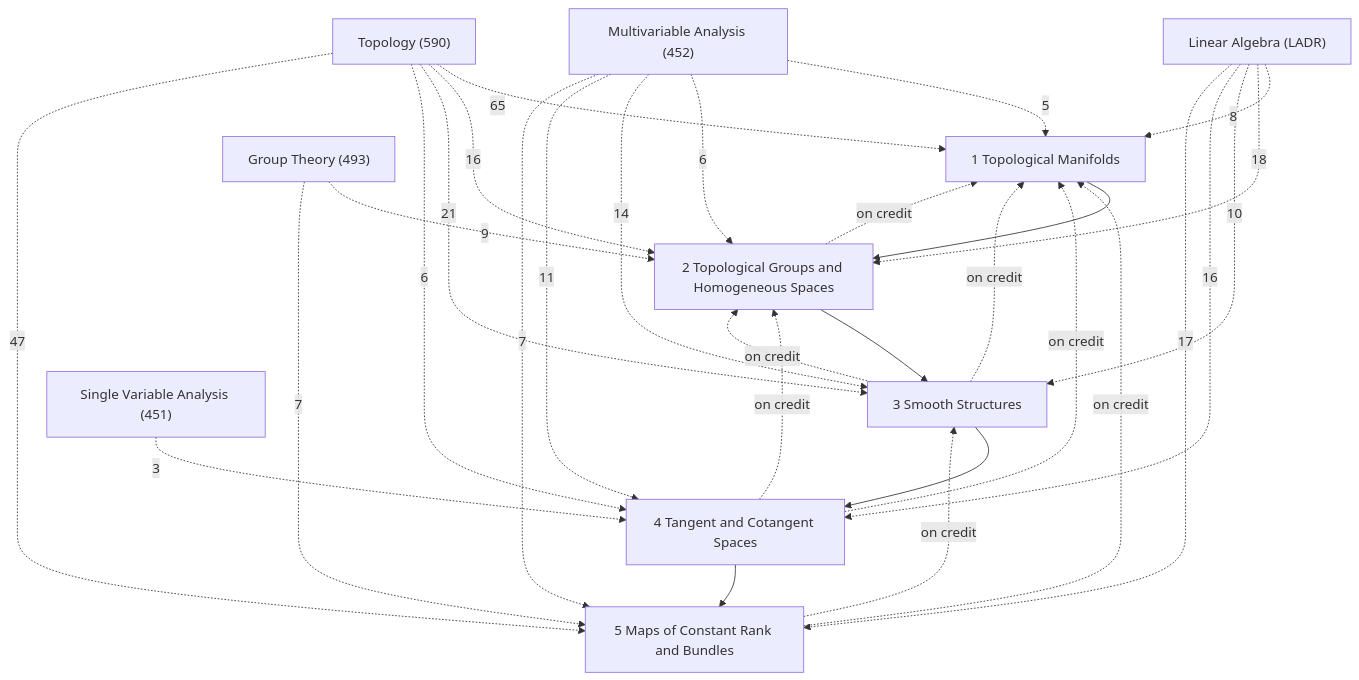
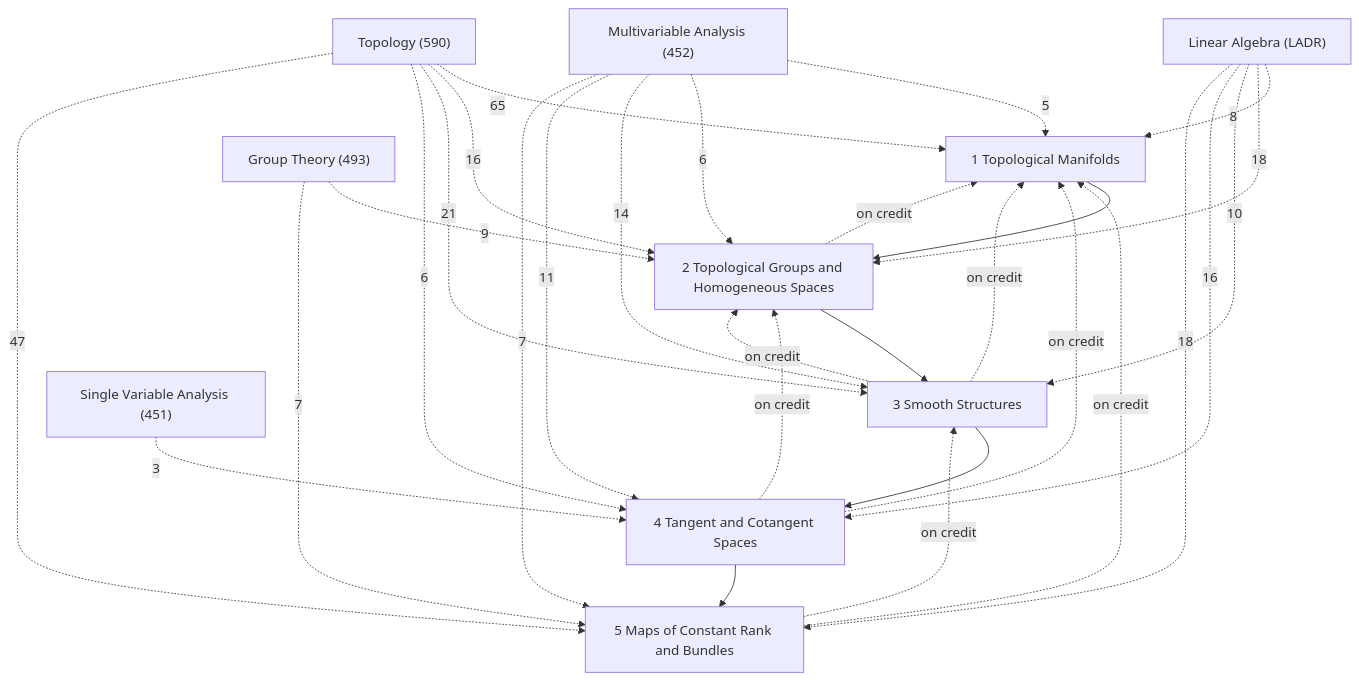
Before and after one commit to Onion20040508/notes: the diagram in Math/Differentiable Manifolds/Differentiable Manifolds.md, drawn with Mermaid. The commit also changed other lines of this file and 38 other files, not shown here.

````diff
--- a/Math/Differentiable Manifolds/Differentiable Manifolds.md
+++ b/Math/Differentiable Manifolds/Differentiable Manifolds.md
@@ -27,42 +27,42 @@
 ```mermaid
 graph TD
   C1["1 Topological Manifolds"]
   C2["2 Topological Groups and Homogeneous Spaces"]
   C3["3 Smooth Structures"]
   C4["4 Tangent and Cotangent Spaces"]
   C5["5 Maps of Constant Rank and Bundles"]
   X1["Topology (590)"]
   X2["Multivariable Analysis (452)"]
   X3["Linear Algebra (LADR)"]
   X4["Group Theory (493)"]
   X5["Single Variable Analysis (451)"]
   C1 --> C2
   C2 --> C3
   C3 --> C4
   C4 --> C5
   C2 -.->|on credit| C1
   C3 -.->|on credit| C1
   C3 -.->|on credit| C2
   C4 -.->|on credit| C1
   C4 -.->|on credit| C2
   C5 -.->|on credit| C1
   C5 -.->|on credit| C3
   X4 -.->|9| C2
   X4 -.->|7| C5
   X3 -.->|8| C1
   X3 -.->|18| C2
   X3 -.->|10| C3
   X3 -.->|16| C4
-  X3 -.->|17| C5
+  X3 -.->|18| C5
   X2 -.->|5| C1
   X2 -.->|6| C2
   X2 -.->|14| C3
   X2 -.->|11| C4
   X2 -.->|7| C5
   X5 -.->|3| C4
   X1 -.->|65| C1
   X1 -.->|16| C2
   X1 -.->|21| C3
   X1 -.->|6| C4
   X1 -.->|47| C5
 ```
````
